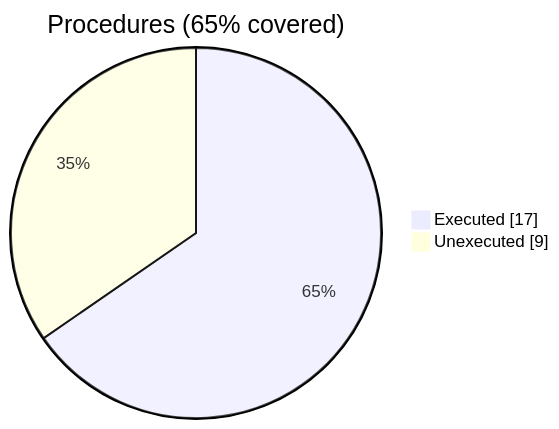
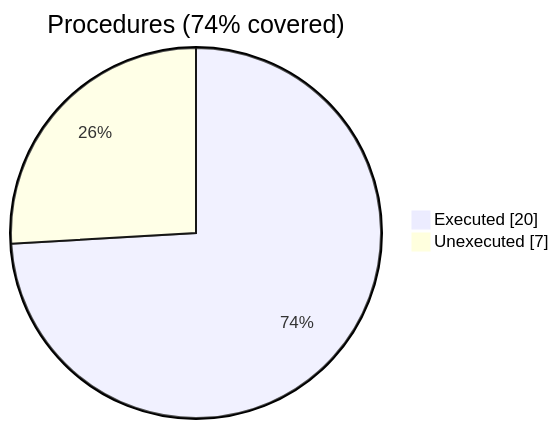
One commit to szaghi/FiNeR changed the second of 2 diagrams in docs/guide/finer_file_ini_t.F90.gcov.md. Above: the diagram before and after it, drawn with Mermaid. The commit also changed other lines of this file and 10 other files, not shown here.

````diff
--- a/docs/guide/finer_file_ini_t.F90.gcov.md
+++ b/docs/guide/finer_file_ini_t.F90.gcov.md
@@ -24,6 +24,6 @@
 ```mermaid
 pie showData
-    title Procedures (65% covered)
-    "Executed" : 17
-    "Unexecuted" : 9
+    title Procedures (74% covered)
+    "Executed" : 20
+    "Unexecuted" : 7
 ```
````
